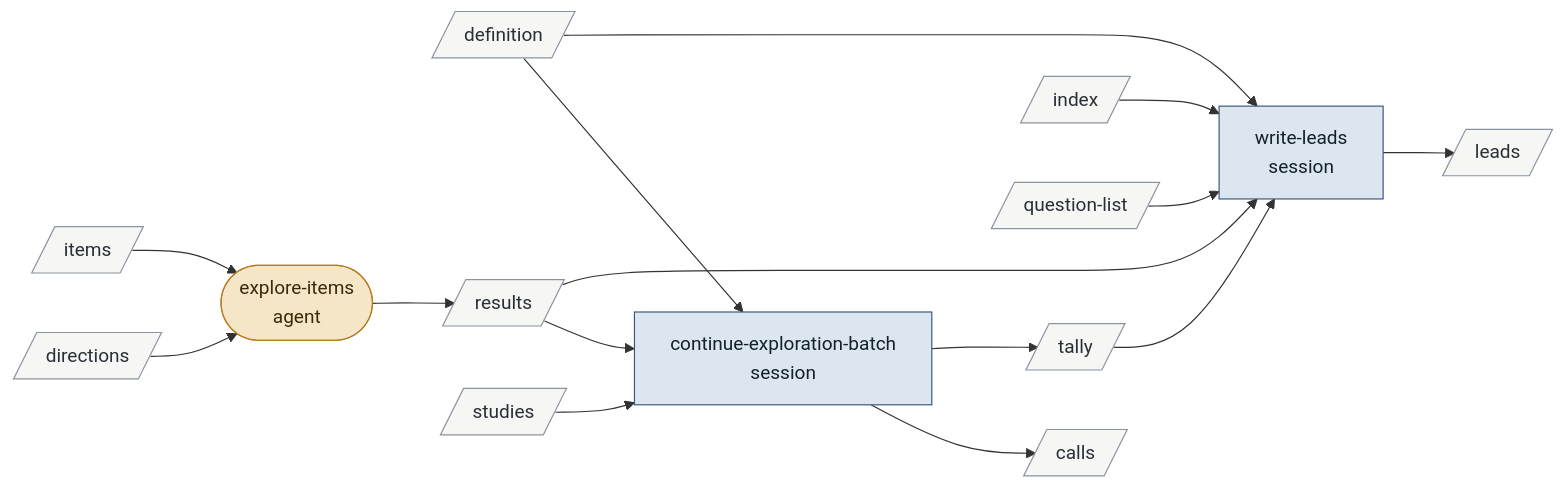
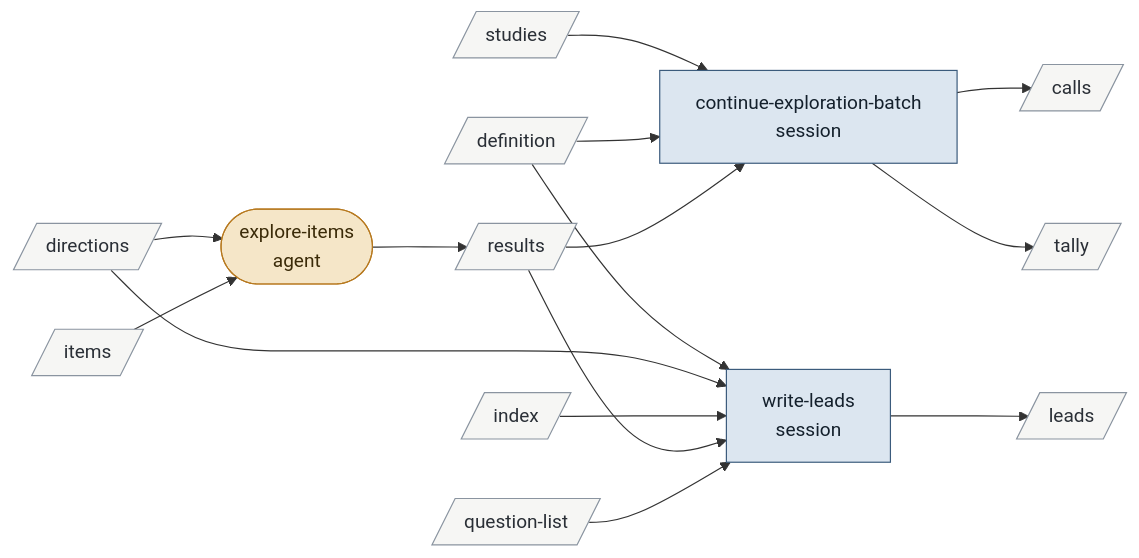
One commit to bc414/StoryPlanner changed diagram 11 of 16 in .claude/skills/v3-buildout-2/map.md. Above: the diagram before and after it, drawn with Mermaid. The commit also changed other lines of this file and 18 other files, not shown here.

Commit message:
Leads schema

````diff
--- a/.claude/skills/v3-buildout-2/map.md
+++ b/.claude/skills/v3-buildout-2/map.md
@@ -481,37 +493,37 @@
 ```mermaid
 flowchart LR
   classDef hitl fill:#e9d8e4,stroke:#7a3e6d,color:#2b1a27
   classDef session fill:#dce6f0,stroke:#3b5b7c,color:#14202c
   classDef agent fill:#f5e6c8,stroke:#b7791f,color:#3a2a08
   classDef artifact fill:#f6f6f4,stroke:#8a94a0,color:#2a2f36
   classDef activity fill:#dcebdd,stroke:#4b7f52,color:#122816
   classDef terminus fill:#e4e4ea,stroke:#5b5b7a,color:#1c1c2c
   continueexplorationbatch["continue-exploration-batch<br/>session"]:::session
   exploreitems(["explore-items<br/>agent"]):::agent
   writeleads["write-leads<br/>session"]:::session
   calls[/"calls"/]:::artifact
   definition[/"definition"/]:::artifact
   directions[/"directions"/]:::artifact
   index[/"index"/]:::artifact
   items[/"items"/]:::artifact
   leads[/"leads"/]:::artifact
   questionlist[/"question-list"/]:::artifact
   results[/"results"/]:::artifact
   studies[/"studies"/]:::artifact
   tally[/"tally"/]:::artifact
 
   studies --> continueexplorationbatch
   definition --> continueexplorationbatch
   results --> continueexplorationbatch
   continueexplorationbatch --> calls
   continueexplorationbatch --> tally
   directions --> exploreitems
   items --> exploreitems
   exploreitems --> results
   definition --> writeleads
+  directions --> writeleads
   index --> writeleads
   results --> writeleads
-  tally --> writeleads
   questionlist --> writeleads
   writeleads --> leads
 ```
````
